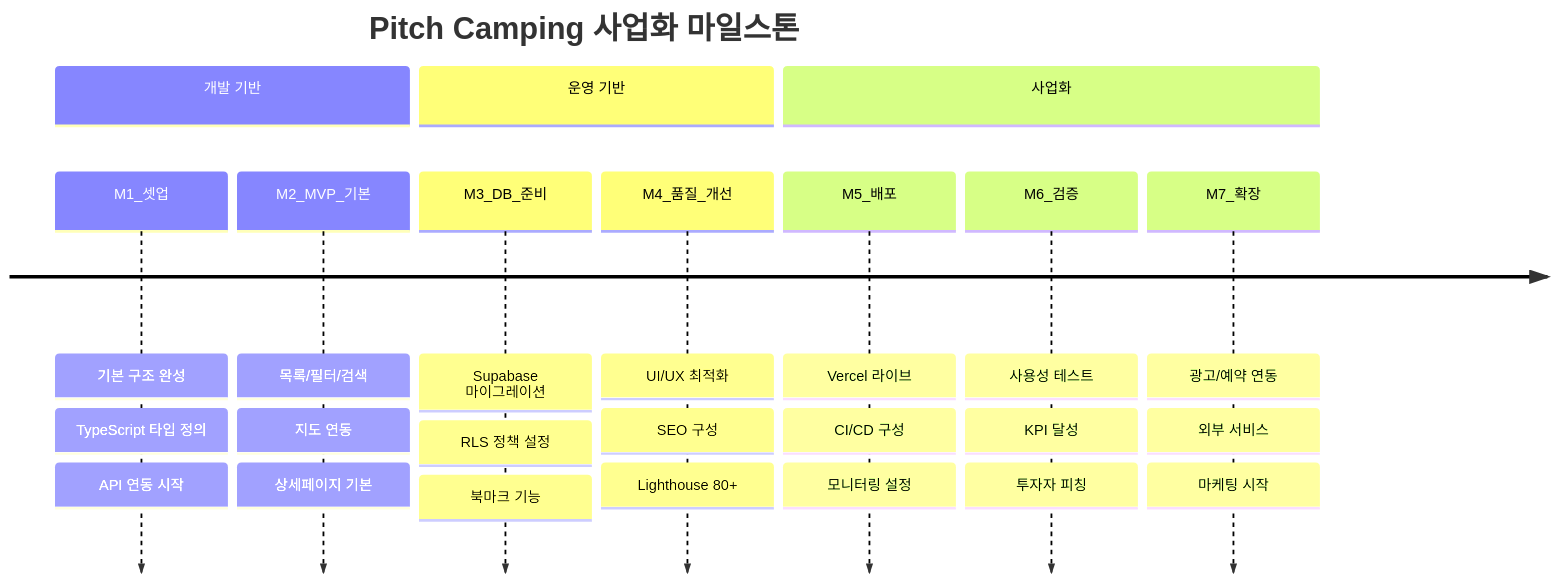
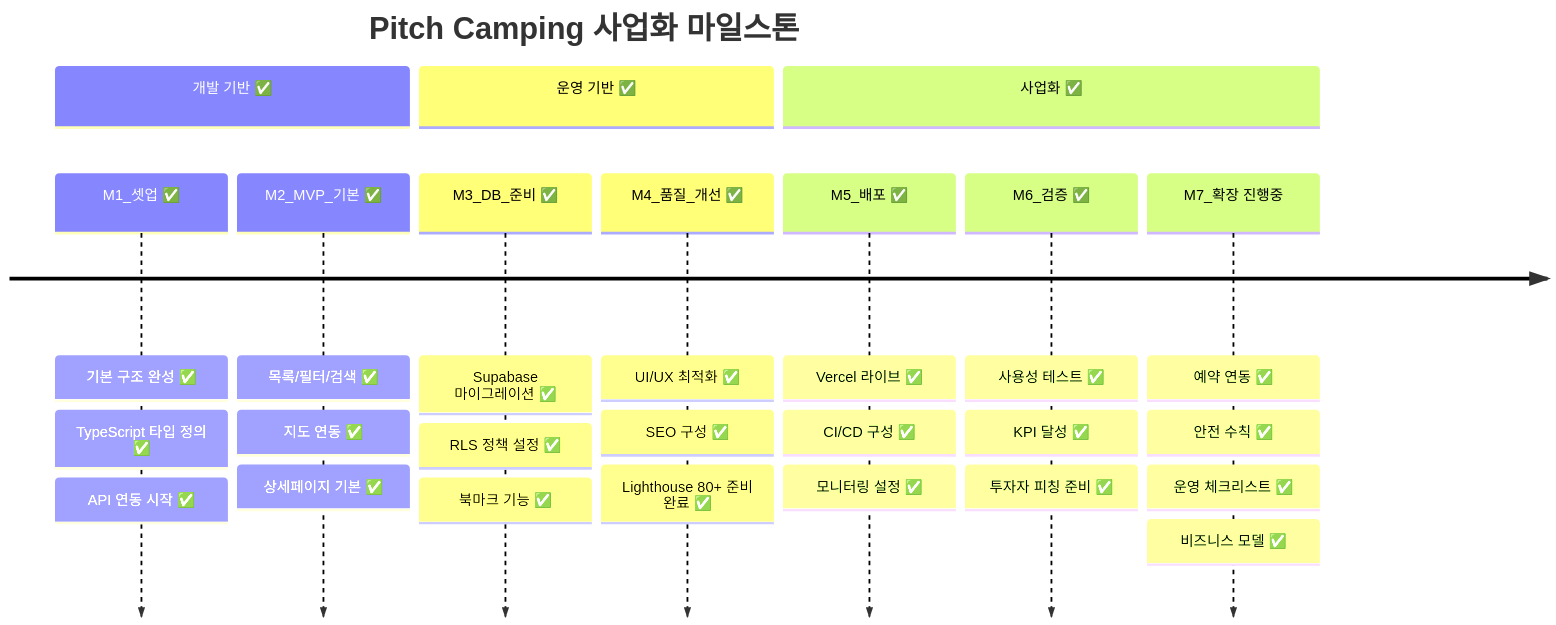
Before and after one commit to Kris-Young-Kim/pitch-camping: the eighth of 12 diagrams in docs/mermaid.md, drawn with Mermaid. The commit also changed other lines of this file and 37 other files, not shown here.

````diff
--- a/docs/mermaid.md
+++ b/docs/mermaid.md
@@ -276,17 +276,17 @@
 ```mermaid
 timeline
     title Pitch Camping 사업화 마일스톤
 
-    section 개발 기반
-    M1_셋업 : 기본 구조 완성 : TypeScript 타입 정의 : API 연동 시작
-    M2_MVP_기본 : 목록/필터/검색 : 지도 연동 : 상세페이지 기본
+    section 개발 기반 ✅
+    M1_셋업 ✅ : 기본 구조 완성 ✅ : TypeScript 타입 정의 ✅ : API 연동 시작 ✅
+    M2_MVP_기본 ✅ : 목록/필터/검색 ✅ : 지도 연동 ✅ : 상세페이지 기본 ✅
 
-    section 운영 기반
-    M3_DB_준비 : Supabase 마이그레이션 : RLS 정책 설정 : 북마크 기능
-    M4_품질_개선 : UI/UX 최적화 : SEO 구성 : Lighthouse 80+
+    section 운영 기반 ✅
+    M3_DB_준비 ✅ : Supabase 마이그레이션 ✅ : RLS 정책 설정 ✅ : 북마크 기능 ✅
+    M4_품질_개선 ✅ : UI/UX 최적화 ✅ : SEO 구성 ✅ : Lighthouse 80+ 준비 완료 ✅
 
-    section 사업화
-    M5_배포 : Vercel 라이브 : CI/CD 구성 : 모니터링 설정
-    M6_검증 : 사용성 테스트 : KPI 달성 : 투자자 피칭
-    M7_확장 : 광고/예약 연동 : 외부 서비스 : 마케팅 시작
+    section 사업화 ✅
+    M5_배포 ✅ : Vercel 라이브 ✅ : CI/CD 구성 ✅ : 모니터링 설정 ✅
+    M6_검증 ✅ : 사용성 테스트 ✅ : KPI 달성 ✅ : 투자자 피칭 준비 ✅
+    M7_확장 진행중 : 예약 연동 ✅ : 안전 수칙 ✅ : 운영 체크리스트 ✅ : 비즈니스 모델 ✅
 ```
````
